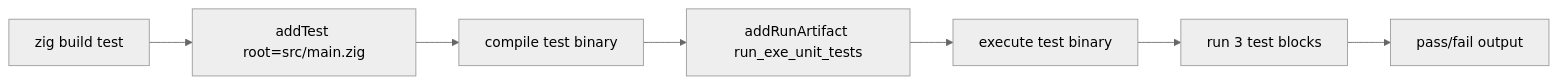
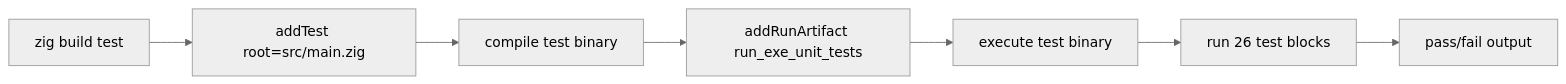
The third of 5 diagrams in specs/specifications/workflows.md (bfernandez31/death-note), drawn with Mermaid (neutral theme) before and after one commit. The commit also changed other lines of this file and 4 other files, not shown here.

````diff
--- a/specs/specifications/workflows.md
+++ b/specs/specifications/workflows.md
@@ -135,9 +135,9 @@
 ```mermaid
 graph LR
     A[zig build test] --> B[addTest root=src/main.zig]
     B --> C[compile test binary]
     C --> D[addRunArtifact run_exe_unit_tests]
     D --> E[execute test binary]
-    E --> F[run 3 test blocks]
+    E --> F[run 26 test blocks]
     F --> G[pass/fail output]
 ```
````
